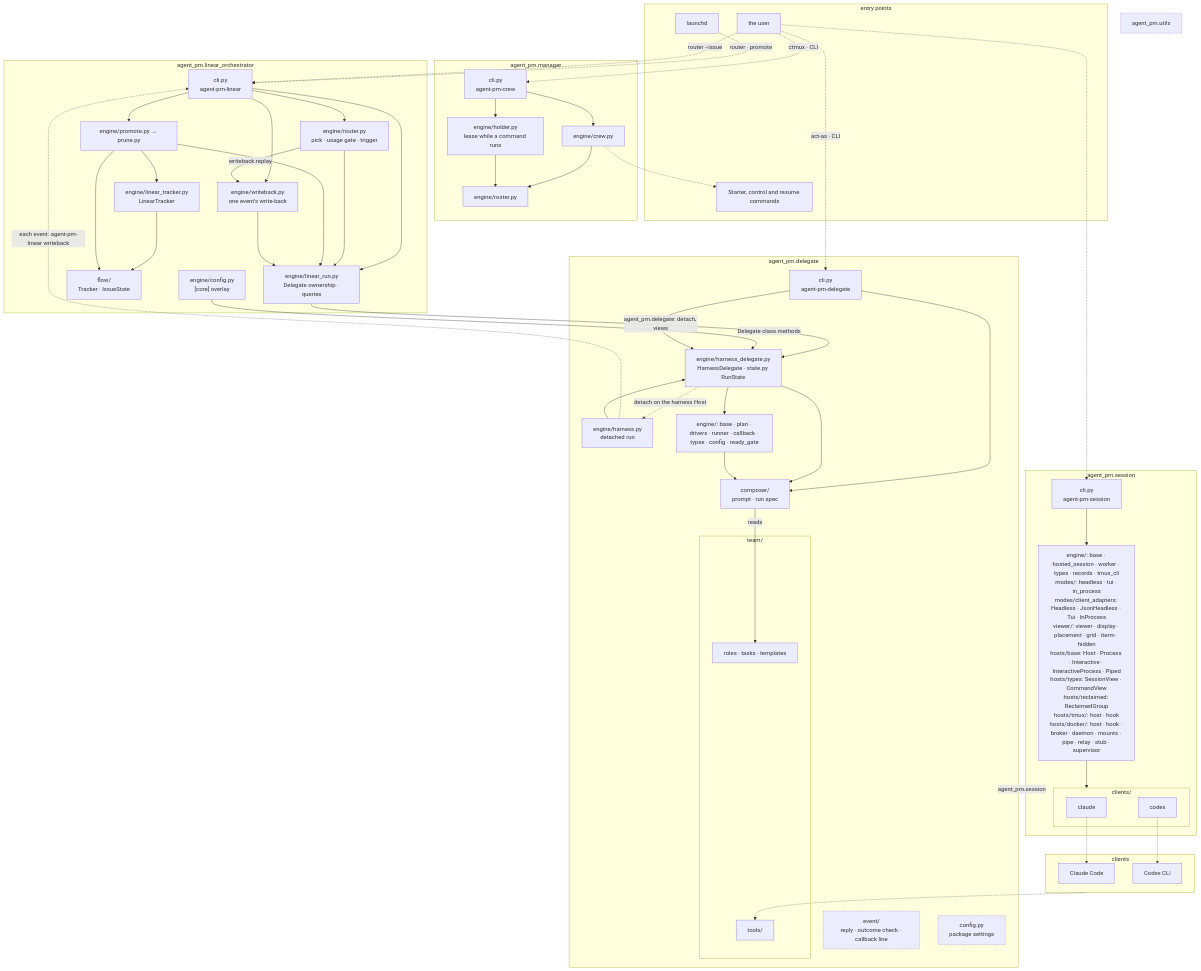
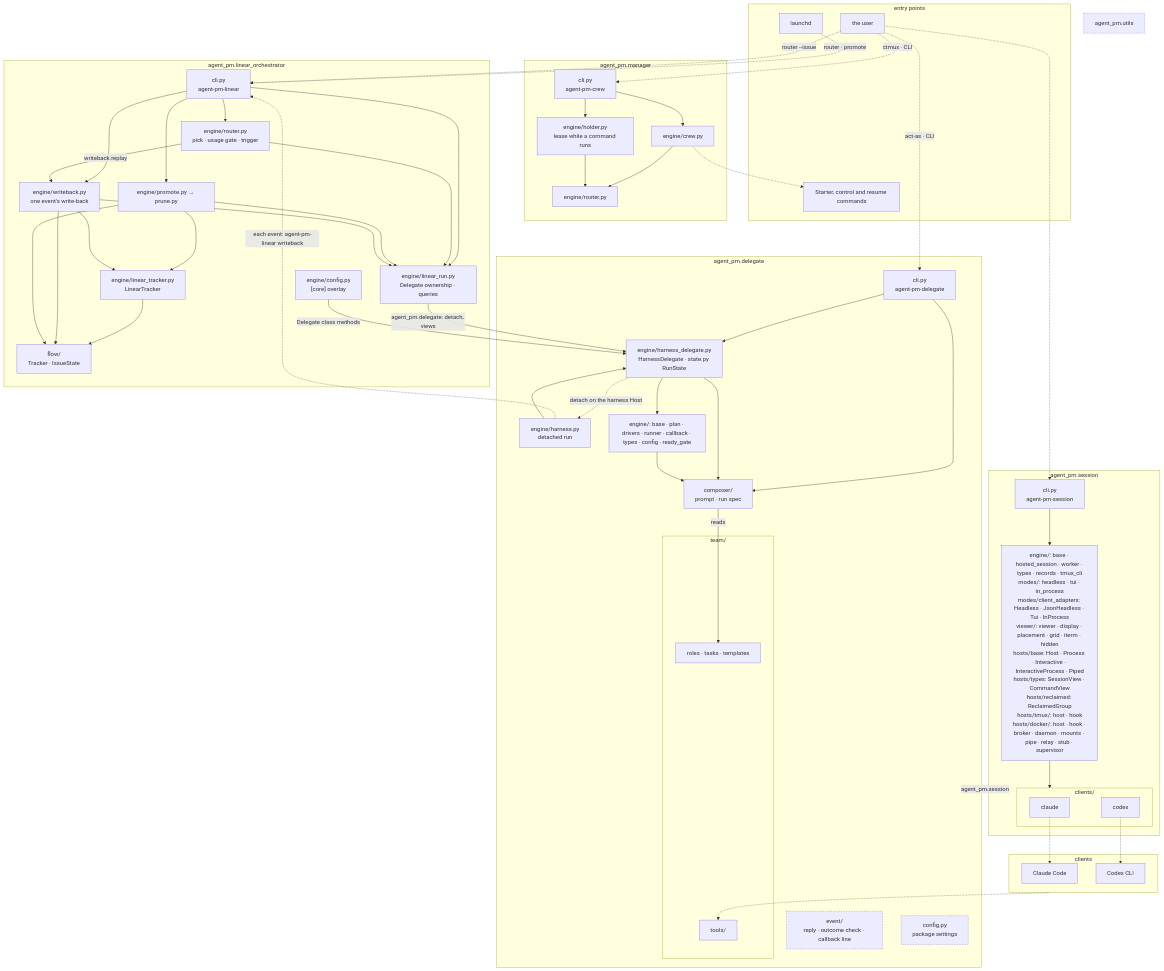
One commit to ophis/agent-pm changed the diagram in docs/architecture.md. Above: the diagram before and after it, drawn with Mermaid. The commit also changed 2 other files, not shown here.

Commit message:
docs: write-back goes through the flow Tracker

````diff
--- a/docs/architecture.md
+++ b/docs/architecture.md
@@ -5,76 +5,78 @@
 ```mermaid
 flowchart TB
   subgraph EN[entry points]
     LD[launchd]
     HU[the user]
     CC[Starter, control and resume commands]
   end
   subgraph MG[agent_pm.manager]
     MC["cli.py<br>agent-pm-crew"] --> W["engine/crew.py"] --> RS["engine/roster.py"]
     MC --> HO["engine/holder.py<br>lease while a command runs"] --> RS
   end
   subgraph LO[agent_pm.linear_orchestrator]
     LCLI["cli.py<br>agent-pm-linear"]
     R["engine/router.py<br>pick · usage gate · trigger"]
     LR["engine/linear_run.py<br>Delegate ownership · queries"]
     WB["engine/writeback.py<br>one event's write-back"]
     PP["engine/promote.py → prune.py"]
     LT["engine/linear_tracker.py<br>LinearTracker"]
     FL["flow/<br>Tracker · IssueState"]
     LC["engine/config.py<br>[core] overlay"]
   end
   subgraph DL[agent_pm.delegate]
     D["cli.py<br>agent-pm-delegate"]
     HD["engine/harness_delegate.py<br>HarnessDelegate · state.py RunState"]
     H["engine/harness.py<br>detached run"]
     E["engine/: base · plan · drivers · runner · callback · types · config · ready_gate"]
     C["composer/<br>prompt · run spec"]
     EV["event/<br>reply · outcome check · callback line"]
     CF["config.py<br>package settings"]
     subgraph TM[team/]
       T["roles · tasks · templates"]
       AT[tools/]
     end
   end
   subgraph SE[agent_pm.session]
     SC["cli.py<br>agent-pm-session"]
     DR["engine/: base · hosted_session · worker · types · records · tmux_cli<br>modes/: headless · tui · in_process<br>modes/client_adapters: Headless · JsonHeadless · Tui · InProcess<br>viewer/: viewer · display · placement · grid · iterm · hidden<br>hosts/base: Host · Process · Interactive · InteractiveProcess · Piped<br>hosts/types: SessionView · CommandView<br>hosts/reclaimed: ReclaimedGroup<br>hosts/tmux/: host · hook<br>hosts/docker/: host · hook · broker · daemon · mounts · pipe · relay · stub · supervisor"]
     subgraph AD[clients/]
       CL[claude]
       CX[codex]
     end
   end
   U[agent_pm.utils]
   subgraph RT[clients]
     P1[Claude Code]
     P2[Codex CLI]
   end
   LD -.->|"router · promote"| LCLI
   HU -.->|"router --issue"| LCLI
   HU -.->|"act-as · CLI"| D
   HU -.->|"ctmux · CLI"| MC
   HU -.-> SC
   SC --> DR
   LCLI --> R & PP & WB & LR
   R & PP & WB --> LR
   PP --> LT --> FL
+  WB --> LT
+  WB --> FL
   PP --> FL
   R -->|"writeback.replay"| WB
   LR -->|"agent_pm.delegate: detach, views"| HD
   H -.->|"each event: agent-pm-linear writeback"| LCLI
   LC -->|"Delegate class methods"| HD
   W -.-> CC
   D & H --> HD
   D --> C
   HD -.->|"detach on the harness Host"| H
   HD --> E & C
   E --> C
   DL -->|agent_pm.session| SE
   C -->|reads| T
   DR --> AD
   CL -.-> P1
   CX -.-> P2
   RT -.-> AT
   classDef shared stroke-dasharray: 4 3
   class EV,U,CF shared
 ```
````
